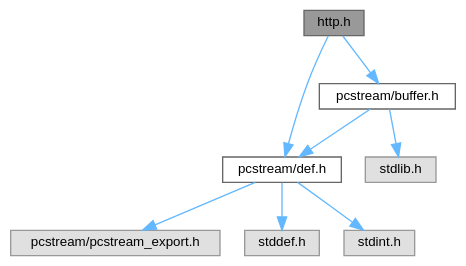
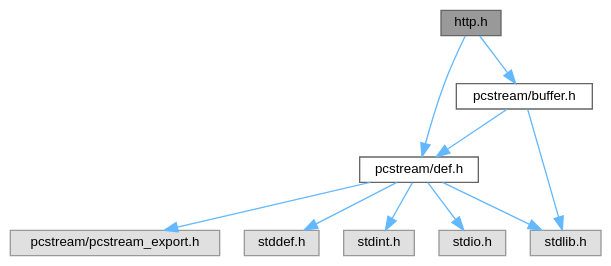
The diagram in http_8h__incl.dot (QuangNguyenLong/pcstream), drawn with Graphviz before and after one commit. The commit also changed 40 other files, not shown here.

```diff
--- a/http_8h__incl.dot
+++ b/http_8h__incl.dot
@@ -1,21 +1,24 @@
 digraph "http.h"
 {
  // LATEX_PDF_SIZE
   bgcolor="transparent";
   edge [fontname=Helvetica,fontsize=10,labelfontname=Helvetica,labelfontsize=10];
   node [fontname=Helvetica,fontsize=10,shape=box,height=0.2,width=0.4];
   Node1 [id="Node000001",label="http.h",height=0.2,width=0.4,color="gray40", fillcolor="grey60", style="filled", fontcolor="black",tooltip=" "];
   Node1 -> Node2 [id="edge1_Node000001_Node000002",color="steelblue1",style="solid",tooltip=" "];
   Node2 [id="Node000002",label="pcstream/buffer.h",height=0.2,width=0.4,color="grey40", fillcolor="white", style="filled",URL="$buffer_8h.html",tooltip=" "];
   Node2 -> Node3 [id="edge2_Node000002_Node000003",color="steelblue1",style="solid",tooltip=" "];
   Node3 [id="Node000003",label="pcstream/def.h",height=0.2,width=0.4,color="grey40", fillcolor="white", style="filled",URL="$def_8h.html",tooltip=" "];
   Node3 -> Node4 [id="edge3_Node000003_Node000004",color="steelblue1",style="solid",tooltip=" "];
   Node4 [id="Node000004",label="pcstream/pcstream_export.h",height=0.2,width=0.4,color="grey60", fillcolor="#E0E0E0", style="filled",tooltip=" "];
   Node3 -> Node5 [id="edge4_Node000003_Node000005",color="steelblue1",style="solid",tooltip=" "];
   Node5 [id="Node000005",label="stddef.h",height=0.2,width=0.4,color="grey60", fillcolor="#E0E0E0", style="filled",tooltip=" "];
   Node3 -> Node6 [id="edge5_Node000003_Node000006",color="steelblue1",style="solid",tooltip=" "];
   Node6 [id="Node000006",label="stdint.h",height=0.2,width=0.4,color="grey60", fillcolor="#E0E0E0", style="filled",tooltip=" "];
-  Node2 -> Node7 [id="edge6_Node000002_Node000007",color="steelblue1",style="solid",tooltip=" "];
-  Node7 [id="Node000007",label="stdlib.h",height=0.2,width=0.4,color="grey60", fillcolor="#E0E0E0", style="filled",tooltip=" "];
-  Node1 -> Node3 [id="edge7_Node000001_Node000003",color="steelblue1",style="solid",tooltip=" "];
+  Node3 -> Node7 [id="edge6_Node000003_Node000007",color="steelblue1",style="solid",tooltip=" "];
+  Node7 [id="Node000007",label="stdio.h",height=0.2,width=0.4,color="grey60", fillcolor="#E0E0E0", style="filled",tooltip=" "];
+  Node3 -> Node8 [id="edge7_Node000003_Node000008",color="steelblue1",style="solid",tooltip=" "];
+  Node8 [id="Node000008",label="stdlib.h",height=0.2,width=0.4,color="grey60", fillcolor="#E0E0E0", style="filled",tooltip=" "];
+  Node2 -> Node8 [id="edge8_Node000002_Node000008",color="steelblue1",style="solid",tooltip=" "];
+  Node1 -> Node3 [id="edge9_Node000001_Node000003",color="steelblue1",style="solid",tooltip=" "];
 }
```
